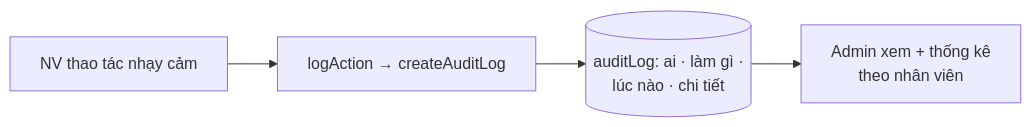
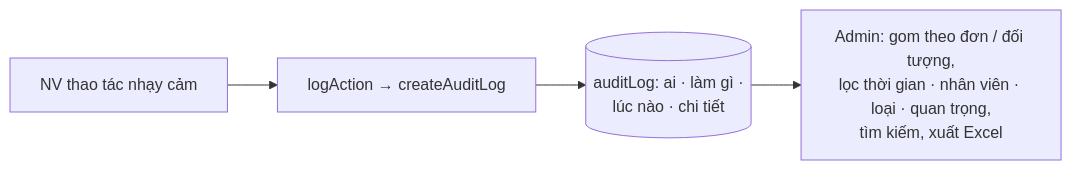
One commit to phantahuuduc/sell-tree changed diagram 18 of 27 in CHUC-NANG.md. Above: the diagram before and after it, drawn with Mermaid. The commit also changed other lines of this file and 6 other files, not shown here.

Commit message:
Thiet ke lai Nhat ky nhan vien: gom theo don, loc, phan trang, xuat Excel

````diff
--- a/CHUC-NANG.md
+++ b/CHUC-NANG.md
@@ -254,6 +254,6 @@
 ```mermaid
 flowchart LR
   A[NV thao tác nhạy cảm] --> B[logAction → createAuditLog]
   B --> C[(auditLog: ai · làm gì ·<br/>lúc nào · chi tiết)]
-  C --> D[Admin xem + thống kê<br/>theo nhân viên]
+  C --> D[Admin: gom theo đơn / đối tượng,<br/>lọc thời gian · nhân viên · loại · quan trọng,<br/>tìm kiếm, xuất Excel]
 ```
````
